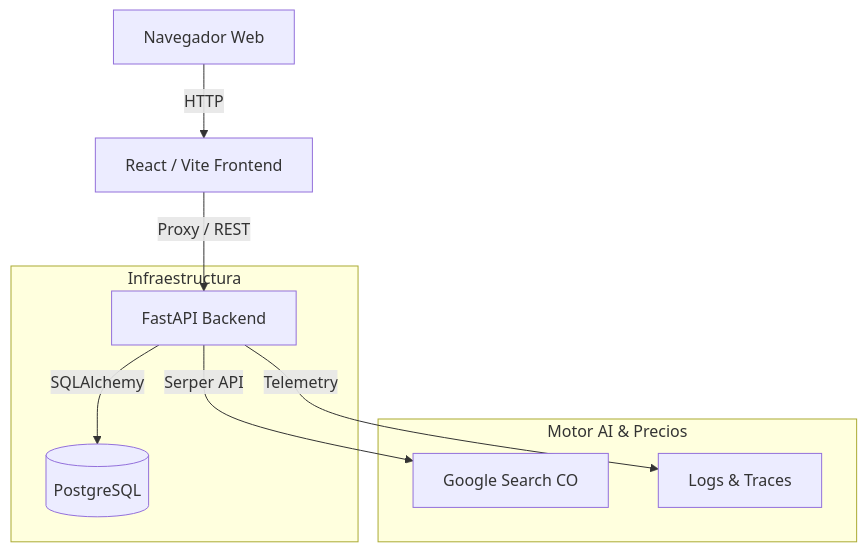
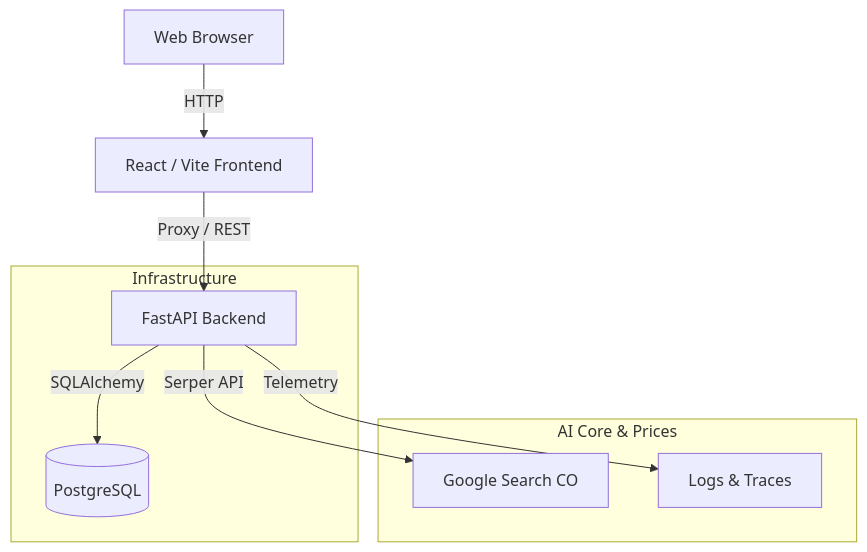
Before and after one commit to acmedram18/final_project_zoomcamp: the diagram in README.md, drawn with Mermaid. The commit also changed other lines of this file, not shown here.

````diff
--- a/README.md
+++ b/README.md
@@ -23,14 +23,14 @@
 ```mermaid
 graph TD
-    User[Navegador Web] -->|HTTP| Frontend[React / Vite Frontend]
+    User[Web Browser] -->|HTTP| Frontend[React / Vite Frontend]
     Frontend -->|Proxy / REST| Backend[FastAPI Backend]
     
-    subgraph "Infraestructura"
+    subgraph "Infrastructure"
         Backend -->|SQLAlchemy| DB[(PostgreSQL)]
     end
     
-    subgraph "Motor AI & Precios"
+    subgraph "AI Core & Prices"
         Backend -->|Serper API| Google[Google Search CO]
         Backend -->|Telemetry| Obs[Logs & Traces]
     end
 ```
````
